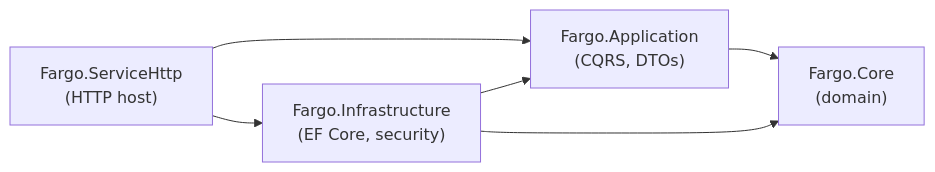
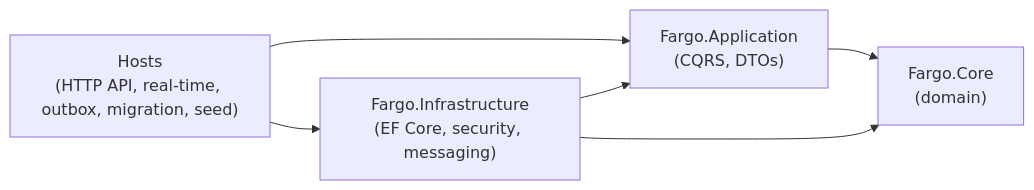
One commit to silvestrinigor/Fargo changed the diagram in docs/server/overview.md. Above: the diagram before and after it, drawn with Mermaid. The commit also changed other lines of this file and 12 other files, not shown here.

````diff
--- a/docs/server/overview.md
+++ b/docs/server/overview.md
@@ -44,13 +68,13 @@
 ```mermaid
 flowchart LR
-    ServiceHttp["Fargo.ServiceHttp<br/>(HTTP host)"]
-    Infrastructure["Fargo.Infrastructure<br/>(EF Core, security)"]
+    Hosts["Hosts<br/>(HTTP API, real-time, outbox, migration, seed)"]
+    Infrastructure["Fargo.Infrastructure<br/>(EF Core, security, messaging)"]
     Application["Fargo.Application<br/>(CQRS, DTOs)"]
     Core["Fargo.Core<br/>(domain)"]
 
-    ServiceHttp --> Application
-    ServiceHttp --> Infrastructure
+    Hosts --> Application
+    Hosts --> Infrastructure
     Infrastructure --> Application
     Application --> Core
     Infrastructure --> Core
 ```
````
